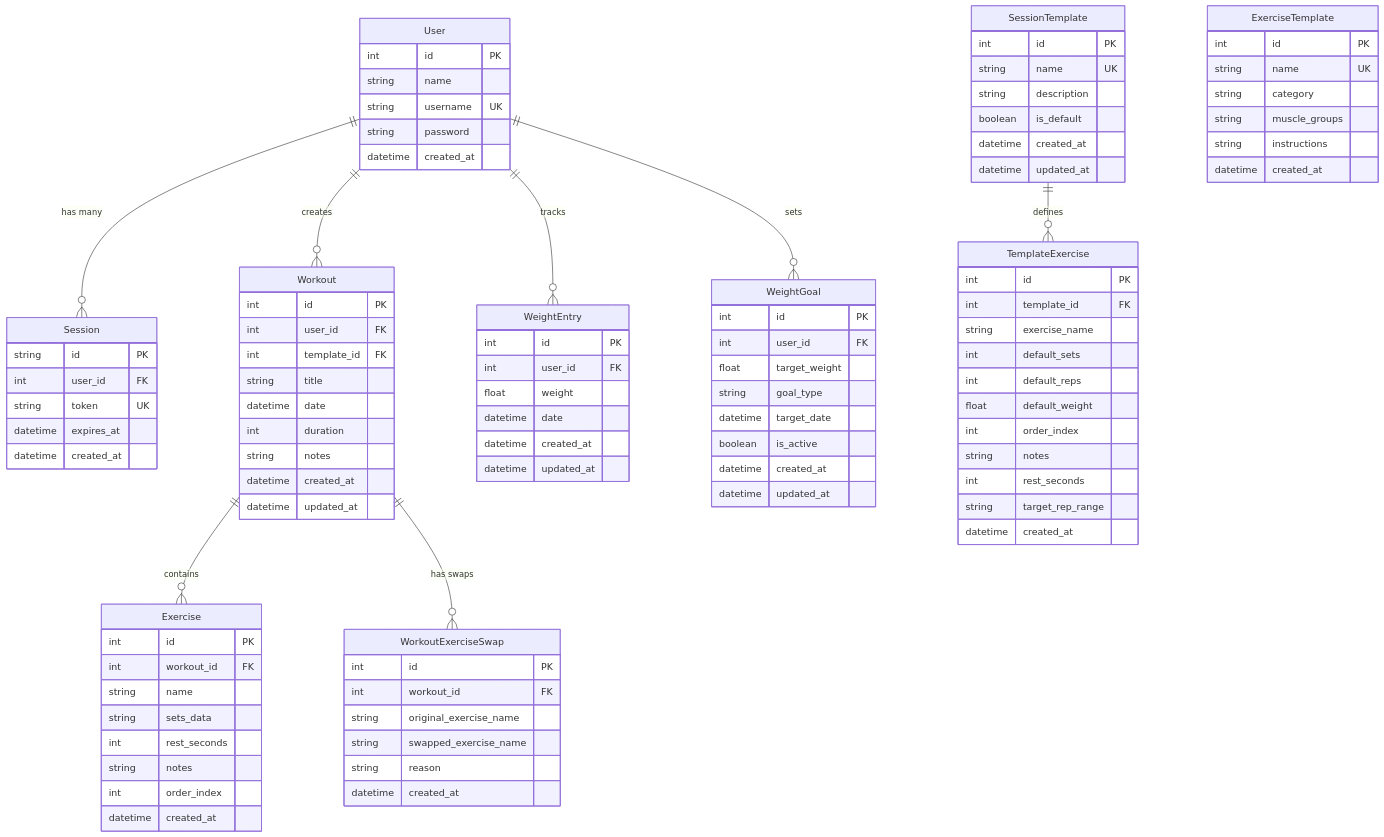
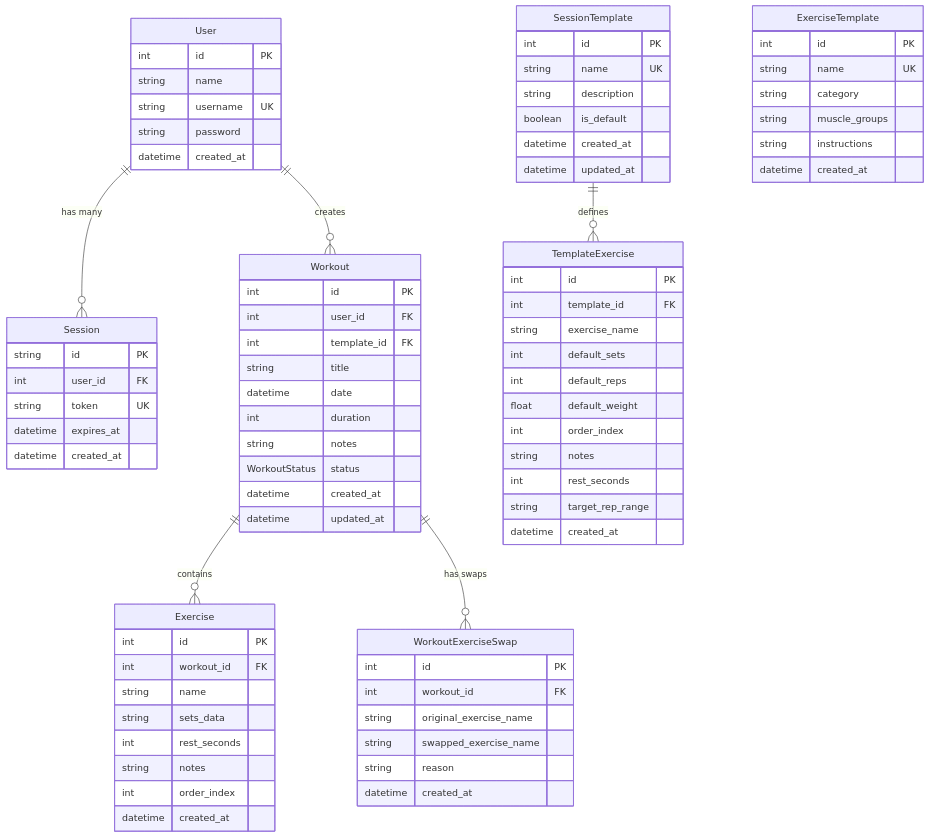
The diagram in docs/DATABASE.md (cmurphy88/gym-pad), drawn with Mermaid before and after one commit. The commit also changed other lines of this file and 37 other files, not shown here.

````diff
--- a/docs/DATABASE.md
+++ b/docs/DATABASE.md
@@ -12,14 +12,12 @@
 erDiagram
     User ||--o{ Session : "has many"
     User ||--o{ Workout : "creates"
-    User ||--o{ WeightEntry : "tracks"
-    User ||--o{ WeightGoal : "sets"
-    
+
     Workout ||--o{ Exercise : "contains"
     Workout ||--o{ WorkoutExerciseSwap : "has swaps"
-    
+
     SessionTemplate ||--o{ TemplateExercise : "defines"
-    
+
     User {
         int id PK
         string name
@@ -27,7 +25,7 @@
         string password
         datetime created_at
     }
-    
+
     Session {
         string id PK
         int user_id FK
@@ -35,7 +33,7 @@
         datetime expires_at
         datetime created_at
     }
-    
+
     Workout {
         int id PK
         int user_id FK
@@ -44,10 +42,11 @@
         datetime date
         int duration
         string notes
+        WorkoutStatus status
         datetime created_at
         datetime updated_at
     }
-    
+
     Exercise {
         int id PK
         int workout_id FK
@@ -58,7 +57,7 @@
         int order_index
         datetime created_at
     }
-    
+
     SessionTemplate {
         int id PK
         string name UK
@@ -67,7 +66,7 @@
         datetime created_at
         datetime updated_at
     }
-    
+
     TemplateExercise {
         int id PK
         int template_id FK
@@ -81,7 +80,7 @@
         string target_rep_range
         datetime created_at
     }
-    
+
     ExerciseTemplate {
         int id PK
         string name UK
@@ -90,7 +89,7 @@
         string instructions
         datetime created_at
     }
-    
+
     WorkoutExerciseSwap {
         int id PK
         int workout_id FK
@@ -99,24 +98,4 @@
         string reason
         datetime created_at
     }
-    
-    WeightEntry {
-        int id PK
-        int user_id FK
-        float weight
-        datetime date
-        datetime created_at
-        datetime updated_at
-    }
-    
-    WeightGoal {
-        int id PK
-        int user_id FK
-        float target_weight
-        string goal_type
-        datetime target_date
-        boolean is_active
-        datetime created_at
-        datetime updated_at
-    }
 ```
````
